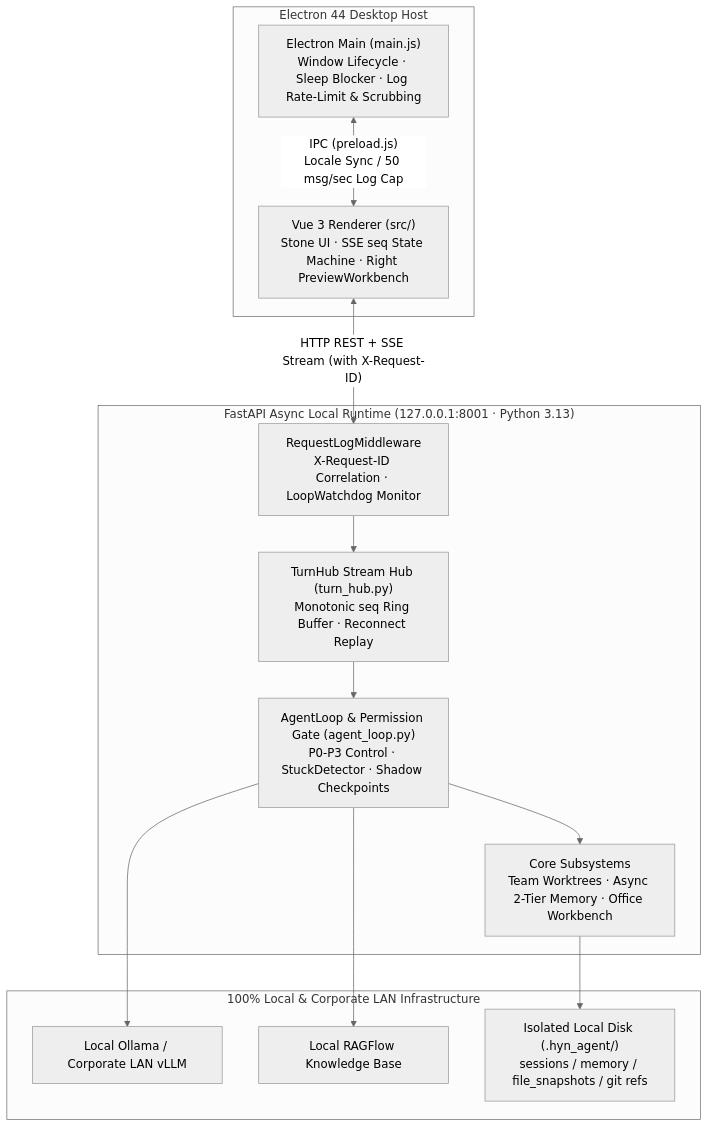
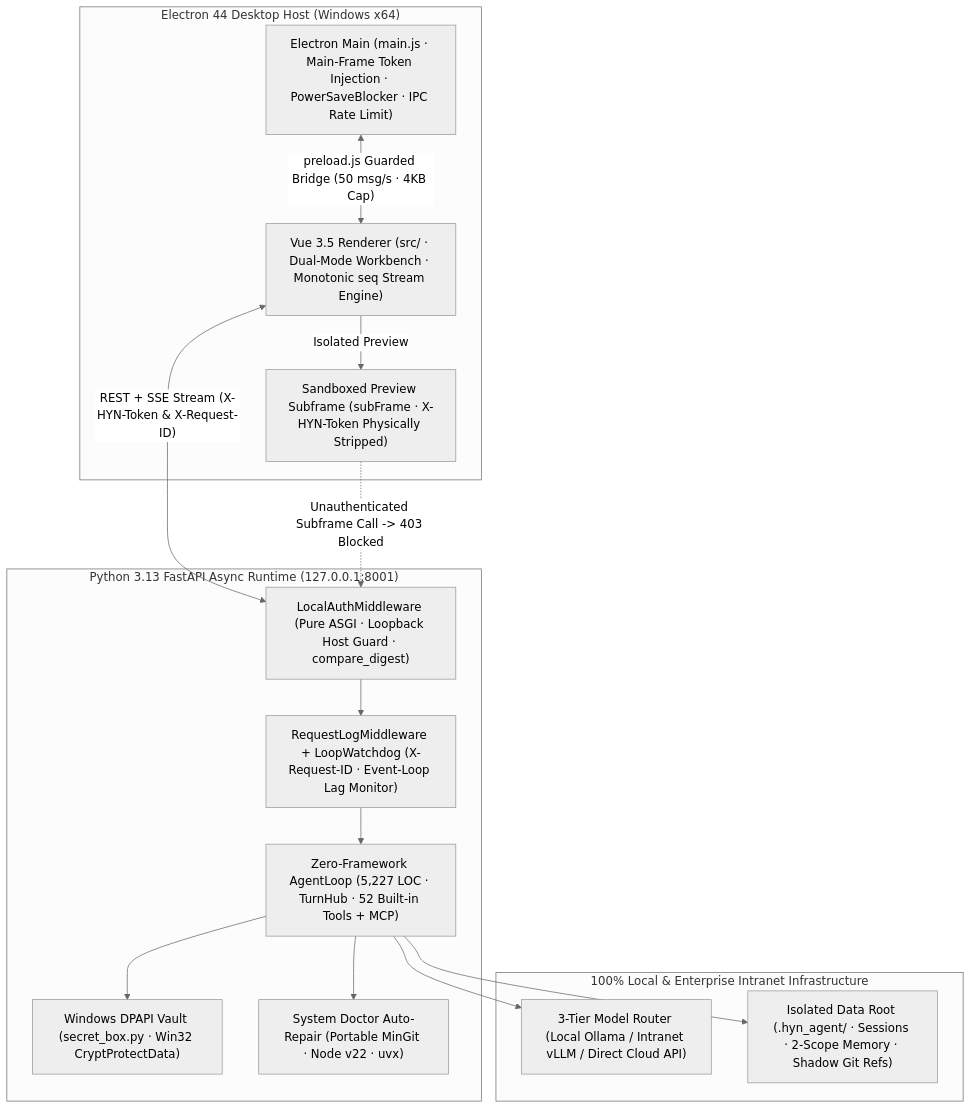
One commit to HelmAgent/Helm_website changed the first of 3 diagrams in docs/en/architecture/overview.md. Above: the diagram before and after it, drawn with Mermaid (neutral theme). The commit also changed other lines of this file and 57 other files, not shown here.

Commit message:
docs(architecture): add detailed documentation for the 5-Tier Permission Sandbox, Zero-RTT Intent Engine, and Open Ecosystem; include core modules, empirical evidence, and interactive permission modes for enhanced clarity and functionality

````diff
--- a/docs/en/architecture/overview.md
+++ b/docs/en/architecture/overview.md
@@ -15,27 +15,31 @@
 ```mermaid
-flowchart TB
-  subgraph Electron["Electron 44 Desktop Host"]
-    MainProc["Electron Main (main.js)<br/>Window Lifecycle · Sleep Blocker · Log Rate-Limit & Scrubbing"]
-    Renderer["Vue 3 Renderer (src/)<br/>Stone UI · SSE seq State Machine · Right PreviewWorkbench"]
-    MainProc <-- "IPC (preload.js)<br/>Locale Sync / 50 msg/sec Log Cap" --> Renderer
+flowchart TD
+  subgraph Host["Electron 44 Desktop Host (Windows x64)"]
+    Main["Electron Main (main.js · Main-Frame Token Injection · PowerSaveBlocker · IPC Rate Limit)"]
+    Renderer["Vue 3.5 Renderer (src/ · Dual-Mode Workbench · Monotonic seq Stream Engine)"]
+    PreviewFrame["Sandboxed Preview Subframe (subFrame · X-HYN-Token Physically Stripped)"]
+    Main <-->|"preload.js Guarded Bridge (50 msg/s · 4KB Cap)"| Renderer
+    Renderer -->|"Isolated Preview"| PreviewFrame
   end
 
-  subgraph Backend["FastAPI Async Local Runtime (127.0.0.1:8001 · Python 3.13)"]
-    Middleware["RequestLogMiddleware<br/>X-Request-ID Correlation · LoopWatchdog Monitor"]
-    TurnHub["TurnHub Stream Hub (turn_hub.py)<br/>Monotonic seq Ring Buffer · Reconnect Replay"]
-    AgentLoop["AgentLoop & Permission Gate (agent_loop.py)<br/>P0-P3 Control · StuckDetector · Shadow Checkpoints"]
-    Subsystems["Core Subsystems<br/>Team Worktrees · Async 2-Tier Memory · Office Workbench"]
-    Middleware --> TurnHub --> AgentLoop --> Subsystems
+  subgraph Engine["Python 3.13 FastAPI Async Runtime (127.0.0.1:8001)"]
+    AuthMW["LocalAuthMiddleware (Pure ASGI · Loopback Host Guard · compare_digest)"]
+    ReqMW["RequestLogMiddleware + LoopWatchdog (X-Request-ID · Event-Loop Lag Monitor)"]
+    CoreLoop["Zero-Framework AgentLoop (5,227 LOC · TurnHub · 52 Built-in Tools + MCP)"]
+    Vault["Windows DPAPI Vault (secret_box.py · Win32 CryptProtectData)"]
+    Doctor["System Doctor Auto-Repair (Portable MinGit · Node v22 · uvx)"]
+    AuthMW --> ReqMW --> CoreLoop
+    CoreLoop --> Vault
+    CoreLoop --> Doctor
   end
 
-  subgraph LocalInfra["100% Local & Corporate LAN Infrastructure"]
-    Ollama["Local Ollama / Corporate LAN vLLM"]
-    RAGFlow["Local RAGFlow Knowledge Base"]
-    Disk["Isolated Local Disk (.hyn_agent/)<br/>sessions / memory / file_snapshots / git refs"]
+  subgraph Infra["100% Local & Enterprise Intranet Infrastructure"]
+    LocalLLM["3-Tier Model Router (Local Ollama / Intranet vLLM / Direct Cloud API)"]
+    LocalDisk["Isolated Data Root (.hyn_agent/ · Sessions · 2-Scope Memory · Shadow Git Refs)"]
   end
 
-  Renderer <-- "HTTP REST + SSE Stream (with X-Request-ID)" --> Middleware
-  AgentLoop --> Ollama
-  AgentLoop --> RAGFlow
-  Subsystems --> Disk
+  Renderer <-->|"REST + SSE Stream (X-HYN-Token & X-Request-ID)"| AuthMW
+  PreviewFrame -.->|"Unauthenticated Subframe Call -> 403 Blocked"| AuthMW
+  CoreLoop --> LocalLLM
+  CoreLoop --> LocalDisk
 ```
````
